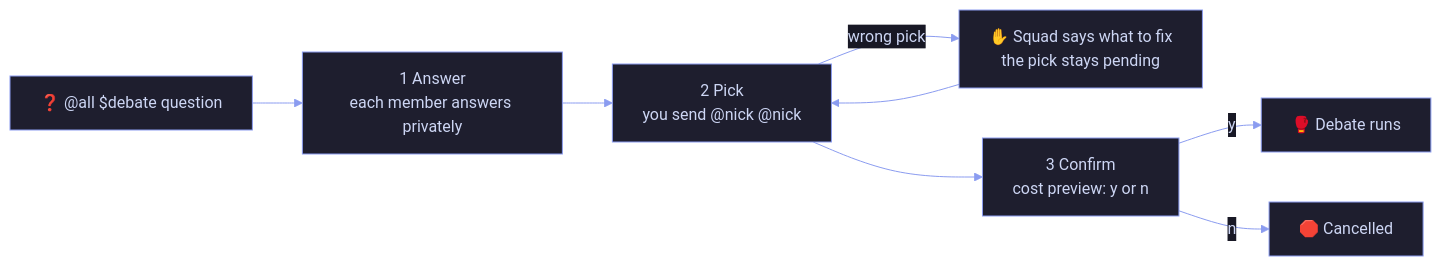
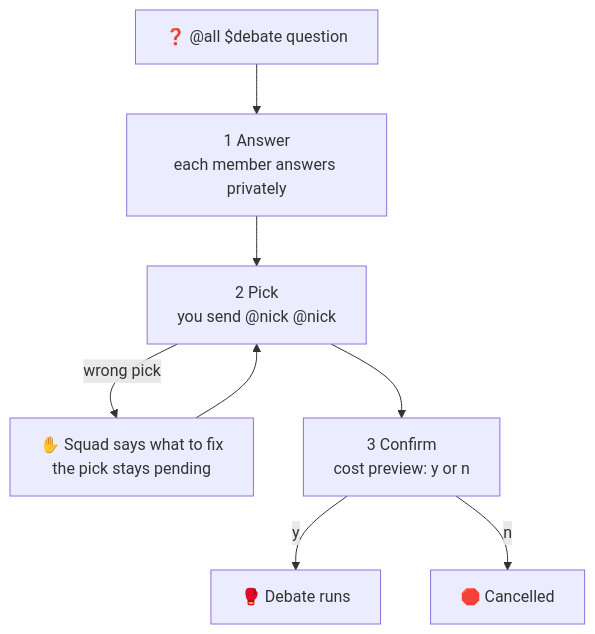
One commit to shoemoney/squad changed the third of 8 diagrams in README.md. Above: the diagram before and after it, drawn with Mermaid. The commit also changed other lines of this file, not shown here.

Commit message:
docs: 📦🧭 README round 3: per-OS key install, Quick start up front, vertical theme-safe diagrams, honest clip wording, census and crosscheck recut 🎞️

````diff
--- a/README.md
+++ b/README.md
@@ -900,11 +1005,10 @@
 ```mermaid
-%%{init: {'theme':'base','themeVariables':{'primaryColor':'#1e1e2e','primaryTextColor':'#cdd6f4','primaryBorderColor':'#8b9cf0','lineColor':'#8b9cf0','secondaryColor':'#181825','tertiaryColor':'#1e1e2e','noteBkgColor':'#181825','noteTextColor':'#cdd6f4','actorBkg':'#1e1e2e','actorBorder':'#8b9cf0','actorTextColor':'#cdd6f4','signalColor':'#cdd6f4'}}}%%
-flowchart LR
+flowchart TD
     Q["❓ @all $debate question"] --> A["1 Answer<br/>each member answers privately"]
     A --> P["2 Pick<br/>you send @nick @nick"]
     P -->|wrong pick| W["✋ Squad says what to fix<br/>the pick stays pending"]
     W --> P
     P --> C["3 Confirm<br/>cost preview: y or n"]
     C -->|y| D["🥊 Debate runs"]
     C -->|n| X["🛑 Cancelled"]
 ```
````
